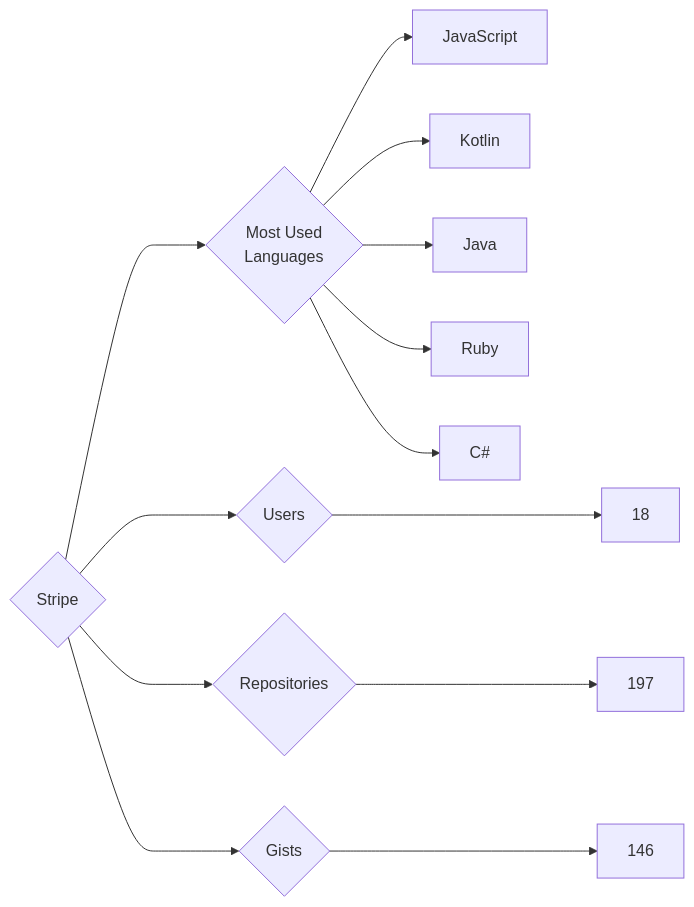
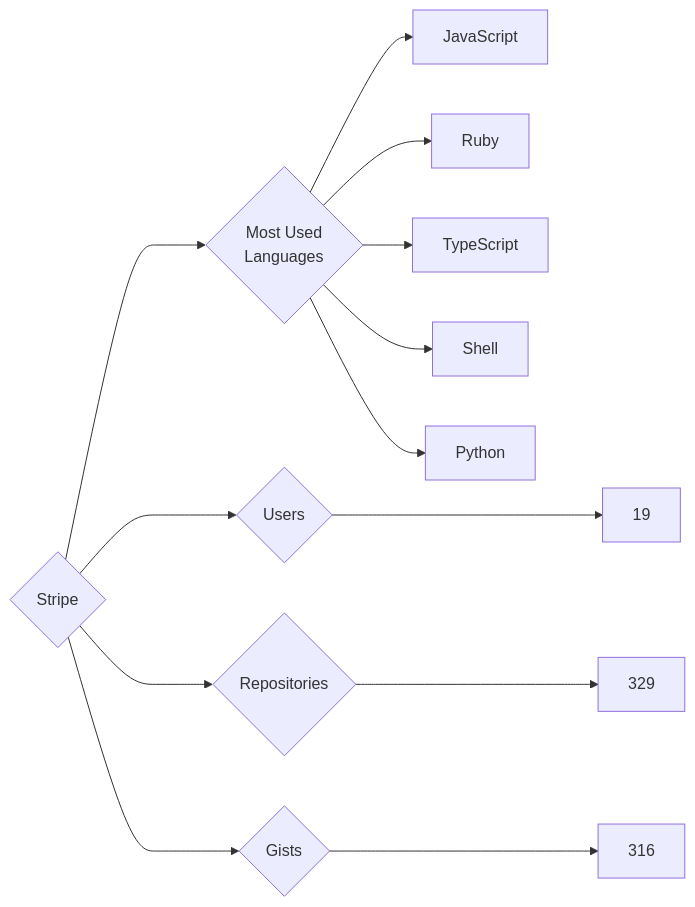
Before and after one commit to trickest/insiders: the diagram in targets/Stripe/README.md, drawn with Mermaid. The commit also changed 878 other files, not shown here.

````diff
--- a/targets/Stripe/README.md
+++ b/targets/Stripe/README.md
@@ -3,13 +3,13 @@
 ```mermaid
 graph LR
 COMPANY_NAME{Stripe}
-COMPANY_NAME ---> U{Users} ---> UN[18]
-COMPANY_NAME ---> R{Repositories} ---> RN[197]
-COMPANY_NAME ---> G{Gists} ---> GN[146]
+COMPANY_NAME ---> U{Users} ---> UN[19]
+COMPANY_NAME ---> R{Repositories} ---> RN[329]
+COMPANY_NAME ---> G{Gists} ---> GN[316]
 COMPANY_NAME ---> ML{Most Used<br>Languages}
 ML --> JavaScript[JavaScript]
-ML --> Kotlin[Kotlin]
-ML --> Java[Java]
 ML --> Ruby[Ruby]
-ML --> C#[C#]
+ML --> TypeScript[TypeScript]
+ML --> Shell[Shell]
+ML --> Python[Python]
 ```
````
